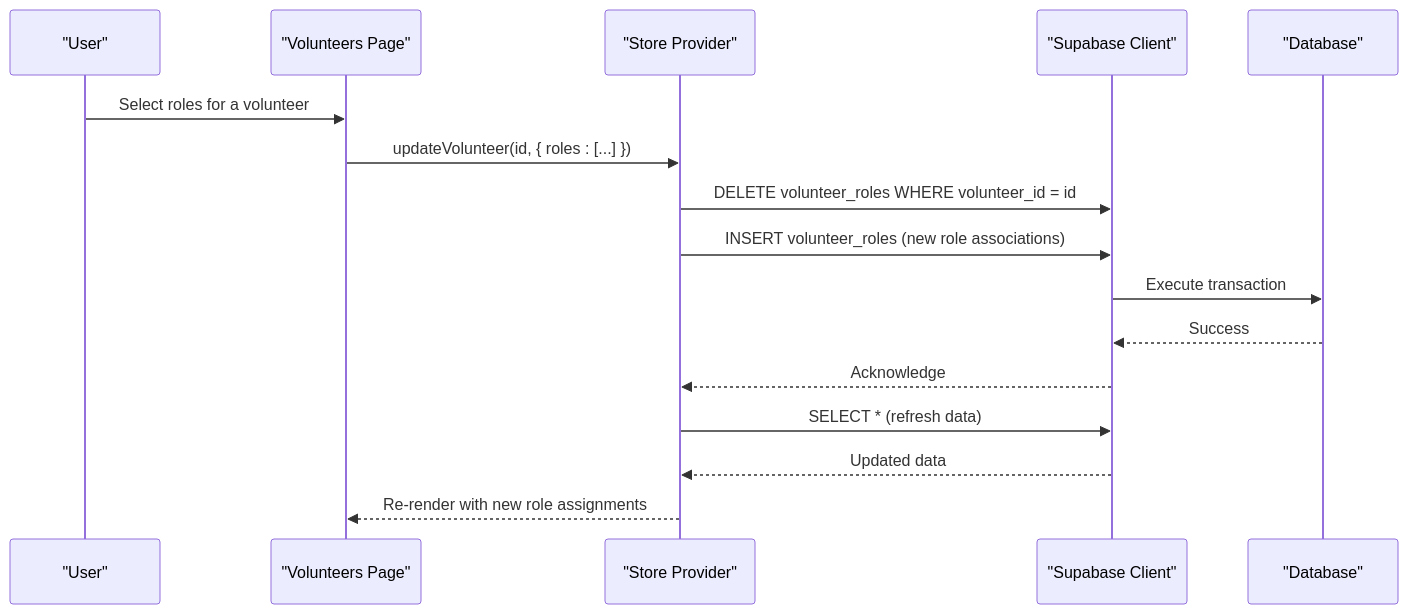
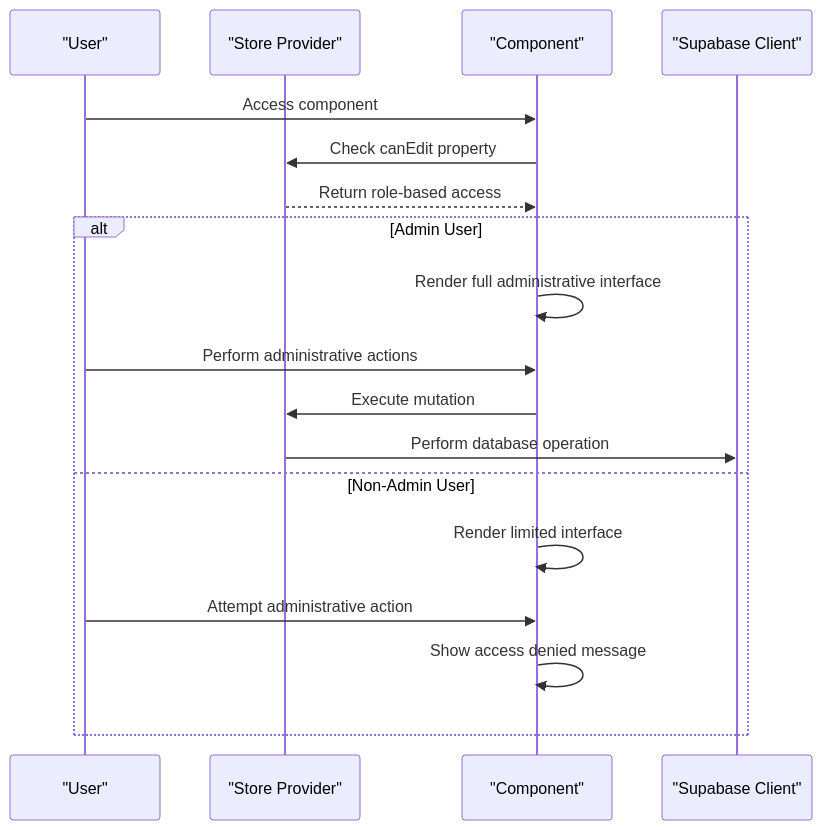
The second of 11 diagrams in .qoder/repowiki/en/content/Volunteer Management System/Role Assignment System.md (netdaniel/serveflow), drawn with Mermaid before and after one commit. The commit also changed other lines of this file and 15 other files, not shown here.

````diff
--- a/.qoder/repowiki/en/content/Volunteer Management System/Role Assignment System.md
+++ b/.qoder/repowiki/en/content/Volunteer Management System/Role Assignment System.md
@@ -92,18 +112,20 @@
 ```mermaid
 sequenceDiagram
 participant User as "User"
-participant Volunteers as "Volunteers Page"
 participant Store as "Store Provider"
+participant Component as "Component"
 participant Supabase as "Supabase Client"
-participant DB as "Database"
-User->>Volunteers : Select roles for a volunteer
-Volunteers->>Store : updateVolunteer(id, { roles : [...] })
-Store->>Supabase : DELETE volunteer_roles WHERE volunteer_id = id
-Store->>Supabase : INSERT volunteer_roles (new role associations)
-Supabase->>DB : Execute transaction
-DB-->>Supabase : Success
-Supabase-->>Store : Acknowledge
-Store->>Supabase : SELECT * (refresh data)
-Supabase-->>Store : Updated data
-Store-->>Volunteers : Re-render with new role assignments
+User->>Component : Access component
+Component->>Store : Check canEdit property
+Store-->>Component : Return role-based access
+alt Admin User
+Component->>Component : Render full administrative interface
+User->>Component : Perform administrative actions
+Component->>Store : Execute mutation
+Store->>Supabase : Perform database operation
+else Non-Admin User
+Component->>Component : Render limited interface
+User->>Component : Attempt administrative action
+Component->>Component : Show access denied message
+end
 ```
````
